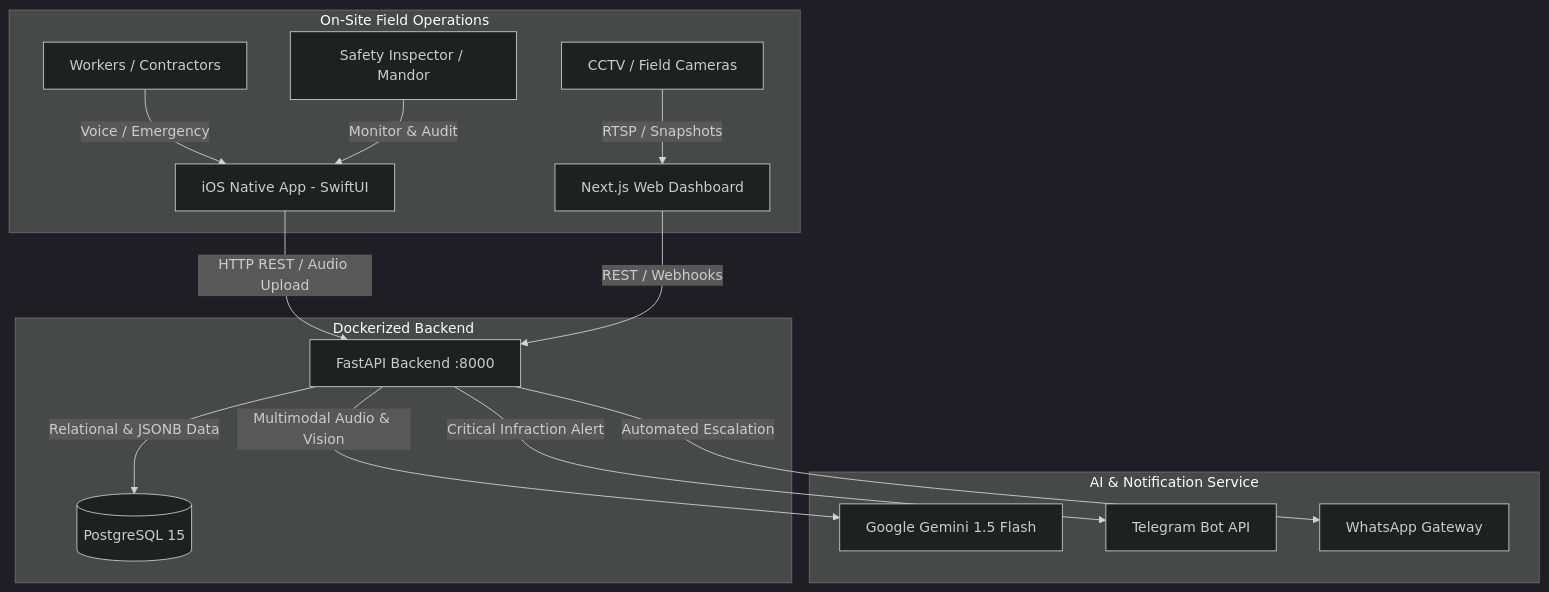
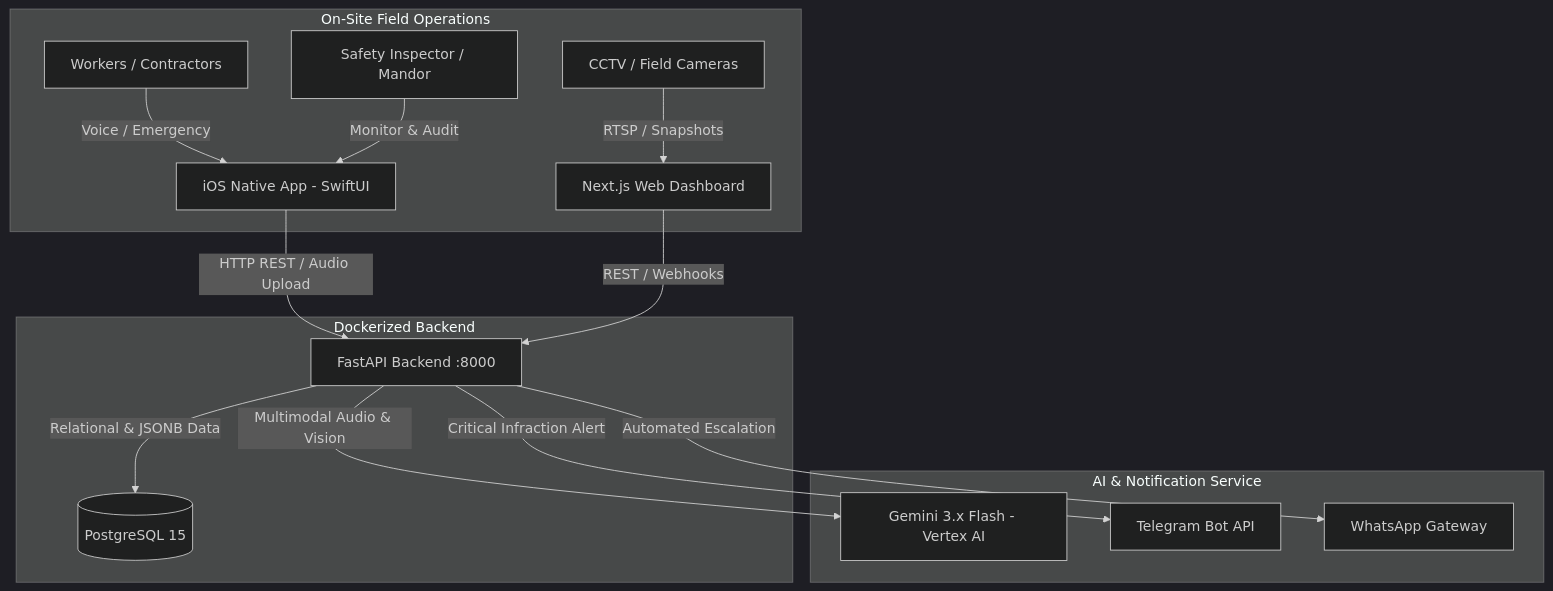
Before and after one commit to ahmadhadist/ai-safety-platform: the first of 2 diagrams in README.md, drawn with Mermaid (dark theme). The commit also changed other lines of this file and 30 other files, not shown here.

````diff
--- a/README.md
+++ b/README.md
@@ -36,20 +36,20 @@
 ```mermaid
 graph TD
     subgraph Field Layer [On-Site Field Operations]
         Worker[Workers / Contractors] -->|Voice / Emergency| MobileApp[iOS Native App - SwiftUI]
         Inspector[Safety Inspector / Mandor] -->|Monitor & Audit| MobileApp
         CCTV[CCTV / Field Cameras] -->|RTSP / Snapshots| WebDashboard[Next.js Web Dashboard]
     end
 
     subgraph Core Engine [Dockerized Backend]
         MobileApp -->|HTTP REST / Audio Upload| FastAPI[FastAPI Backend :8000]
         WebDashboard -->|REST / Webhooks| FastAPI
         FastAPI -->|Relational & JSONB Data| Postgres[(PostgreSQL 15)]
     end
 
     subgraph Intelligence & Alerting [AI & Notification Service]
-        FastAPI -->|Multimodal Audio & Vision| Gemini[Google Gemini 1.5 Flash]
+        FastAPI -->|Multimodal Audio & Vision| Gemini[Gemini 3.x Flash - Vertex AI]
         FastAPI -->|Critical Infraction Alert| Telegram[Telegram Bot API]
         FastAPI -->|Automated Escalation| WhatsApp[WhatsApp Gateway]
     end
 ```
````
